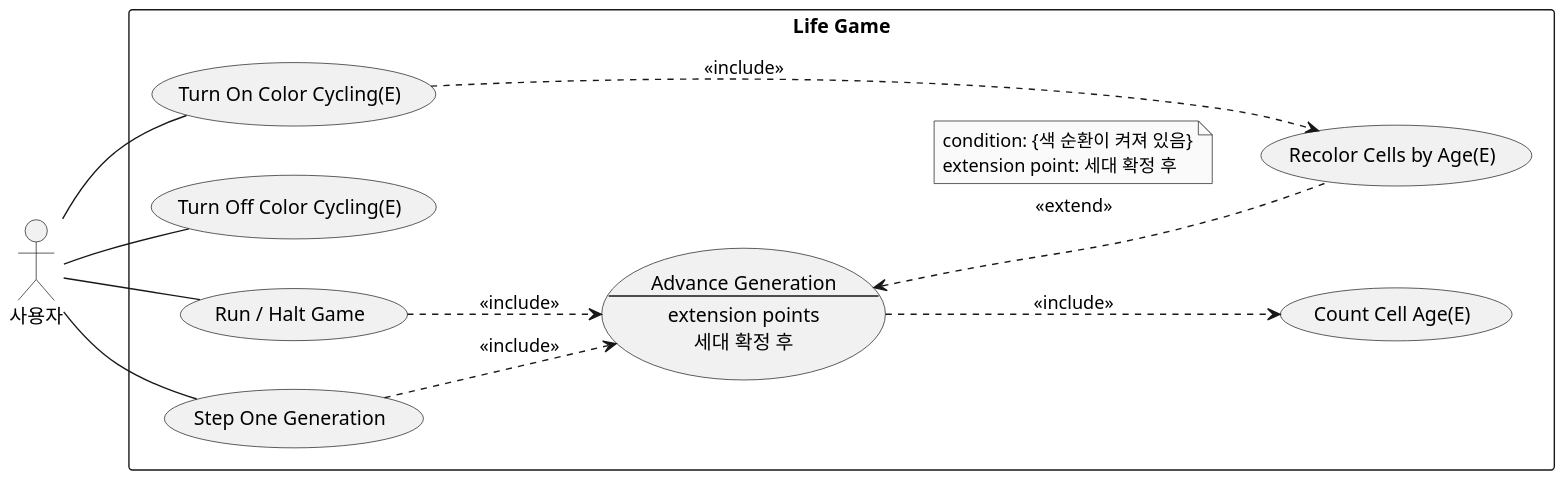
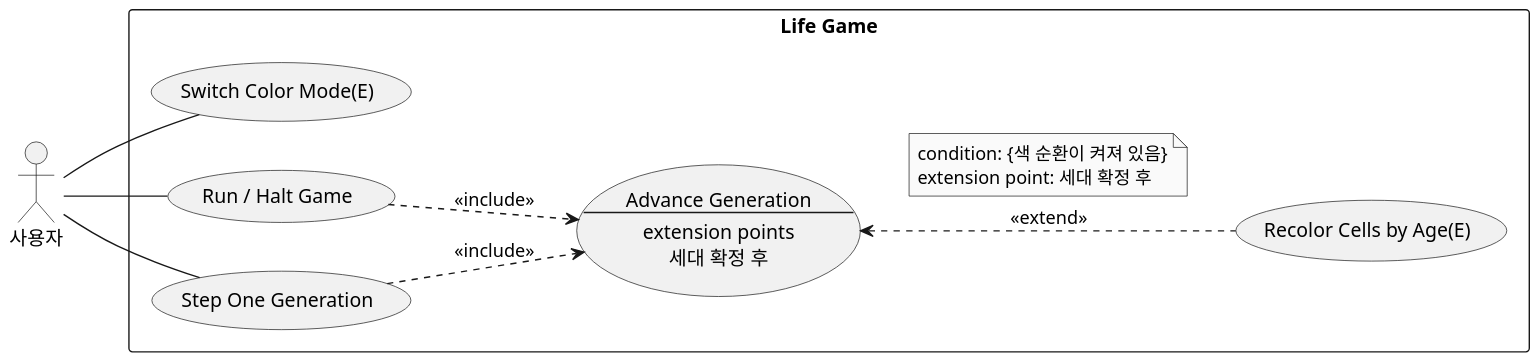
One commit to mckimR1972/DP_team_project changed the diagram in docs/color-gen/diagrams/usecase-color.puml. Above: the diagram before and after it, drawn with PlantUML. The commit also changed 6 other files, not shown here.

Commit message:
docs: 색 순환 유스케이스를 전체 유스케이스 다이어그램에 맞춤

```diff
--- a/docs/color-gen/diagrams/usecase-color.puml
+++ b/docs/color-gen/diagrams/usecase-color.puml
@@ -1,40 +1,35 @@
 @startuml usecase-color
 skinparam monochrome true
 skinparam dpi 150
 skinparam shadowing false
 skinparam defaultFontName "Malgun Gothic"
 skinparam usecaseBackgroundColor #F1F1F1
 left to right direction
 
 actor "사용자" as User
 
 rectangle "Life Game" {
-  usecase "Turn On Color Cycling(E)" as On
-  usecase "Turn Off Color Cycling(E)" as Off
+  usecase "Switch Color Mode(E)" as Mode
   usecase "Run / Halt Game" as Run
   usecase "Step One Generation" as Step
 
   usecase Advance as "Advance Generation
 --
 extension points
 세대 확정 후"
 
   usecase "Recolor Cells by Age(E)" as Recolor
-  usecase "Count Cell Age(E)" as Count
 }
 
-User -- On
-User -- Off
+User -- Mode
 User -- Run
 User -- Step
 
-On ...> Recolor : <<include>>
 Run ..> Advance : <<include>>
 Step ..> Advance : <<include>>
 Advance <.. Recolor : <<extend>>
 note top on link
   condition: {색 순환이 켜져 있음}
   extension point: 세대 확정 후
 end note
-Advance ..> Count : <<include>>
 @enduml
```
